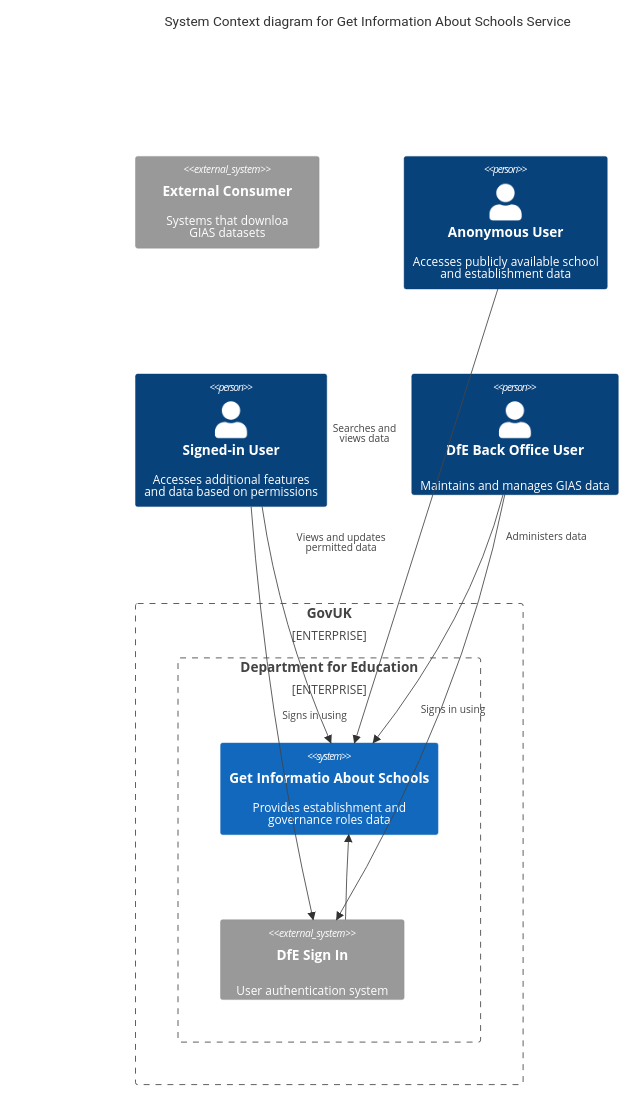
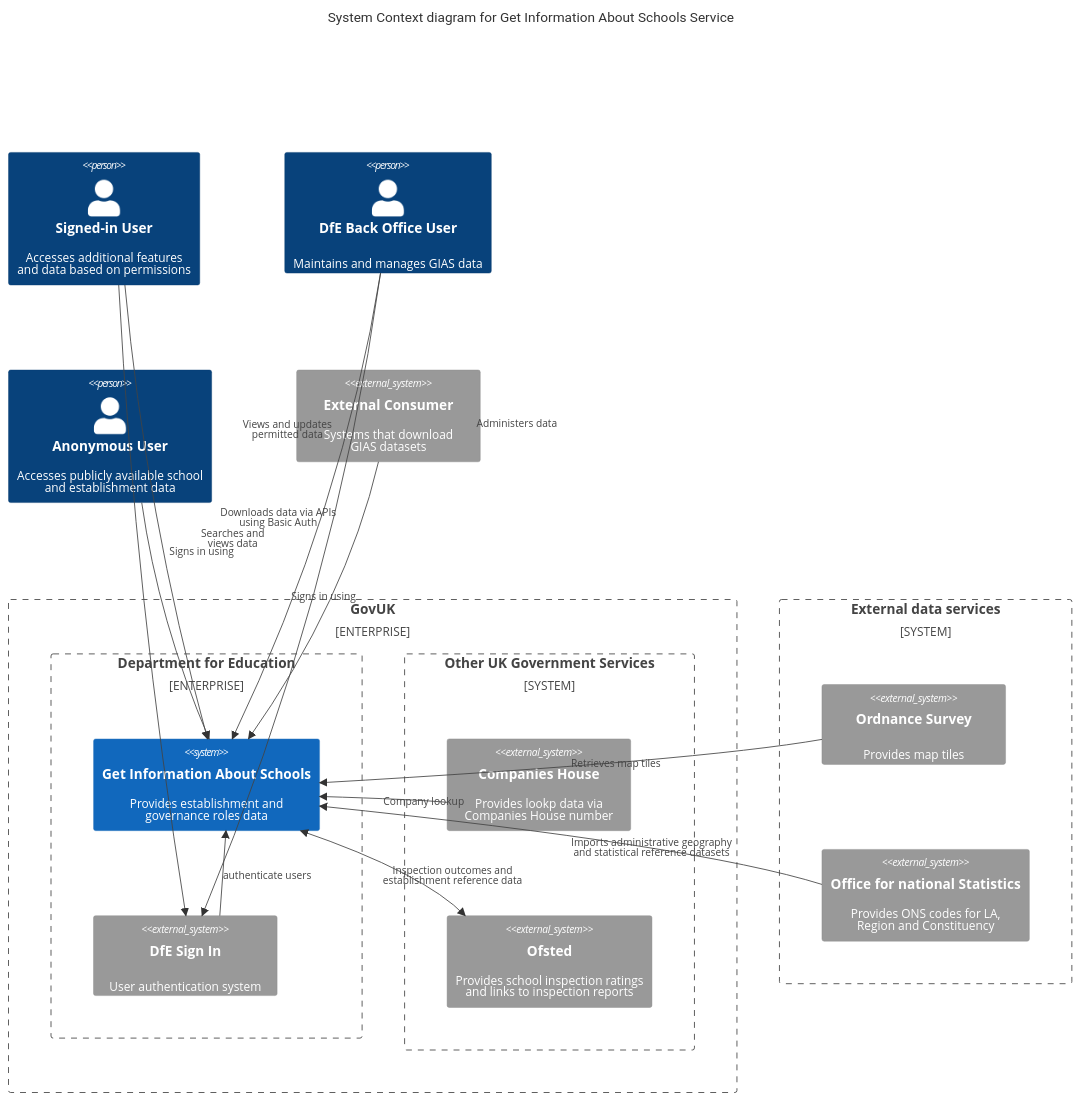
Before and after one commit to DFE-Digital/get-information-about-schools: the diagram in documentation/service/overview.md, drawn with Mermaid. The commit also changed 1 other file, not shown here.

Commit message:
C4 context

````diff
--- a/documentation/service/overview.md
+++ b/documentation/service/overview.md
@@ -10,49 +10,63 @@
 ```mermaid
 C4Context
   title System Context diagram for Get Information About Schools Service
  
-  System_Ext(externalSystems, "External Consumer", "Systems that downloa<br>GIAS datasets")
-  Person(anonUser, "Anonymous User", "Accesses publicly available school<br>and establishment data")
+
+
   Person(authUser, "Signed-in User", "Accesses additional features<br>and data based on permissions")
   Person(backOfficeUser, "DfE Back Office User", "Maintains and manages GIAS data")
-
-
-
+  Person(anonUser, "Anonymous User", "Accesses publicly available school<br>and establishment data")
+  System_Ext(externalSystems, "External Consumer", "Systems that download<br>GIAS datasets") 
 
   Enterprise_Boundary(govuk, "GovUK") {
 
+    Enterprise_Boundary(dfe, "Department for Education") {
 
-
-    Enterprise_Boundary(dfe, "Department for Education") {
-      System(GIAS, "Get Informatio About Schools", "Provides establishment and<br>governance roles data")
+      System(GIAS, "Get Information About Schools", "Provides establishment and<br>governance roles data")
       System_Ext(DfESignIn, "DfE Sign In", "User authentication system")
-
+     
+     
     }
 
+    System_Boundary(otherGov, "Other UK Government Services") {
+      System_Ext(companiesHouse, "Companies House", "Provides lookp data via<br>Companies House number")
+      System_Ext(ofsted, "Ofsted", "Provides school inspection ratings<br>and links to inspection reports")
+    }
 
   }
 
+  System_Boundary(external, "External data services") {
+    System_Ext(ordnanceSurvey, "Ordnance Survey", "Provides map tiles")
+    System_Ext(ons, "Office for national Statistics", "Provides ONS codes for LA,<br>Region and Constituency")
+  }
+
+
+  Rel(DfESignIn, GIAS, "authenticate users")
+
+  Rel(ordnanceSurvey, GIAS , "Retrieves map tiles")
+  Rel(ons, GIAS , "Imports administrative geography<br>and statistical reference datasets")
+  Rel(companiesHouse,GIAS , "Company lookup")
+
+
+  BiRel(ofsted, GIAS, "Inspection outcomes and<br>establishment reference data")
+
+  Rel(externalSystems, GIAS, "Downloads data via APIs<br>using Basic Auth")
   Rel(anonUser, GIAS, "Searches and<br>views data")
   Rel(authUser, GIAS, "Views and updates<br>permitted data")
   Rel(backOfficeUser, GIAS, "Administers data")
   Rel(authUser, DfESignIn, "Signs in using")
   Rel(backOfficeUser, DfESignIn, "Signs in using")
 
 
-  Rel(DfESignIn, GIAS, "")
 
 
+  UpdateLayoutConfig($c4ShapeInRow="4", $c4BoundaryInRow="2")
 
-
-
-  UpdateLayoutConfig($c4ShapeInRow="4", $c4BoundaryInRow="1")
-  UpdateRelStyle(anonUser, GIAS, $offsetX="-110", $offsetY="-100")
-  UpdateRelStyle(authUser, GIAS, $offsetX="0", $offsetY="-100")
-  UpdateRelStyle(authUser, DfESignIn, $offsetX="0", $offsetY="0")
-  UpdateRelStyle(backOfficeUser, GIAS, $offsetX="80", $offsetY="-100")
-
-
-
+  UpdateRelStyle(externalSystems, GIAS, $offsetX="-110", $offsetY="-100")
+  UpdateRelStyle(anonUser, GIAS, $offsetX="30", $offsetY="-100")
+  UpdateRelStyle(authUser, GIAS, $offsetX="90", $offsetY="-100")
+  UpdateRelStyle(authUser, DfESignIn, $offsetX="20", $offsetY="-60")
+  UpdateRelStyle(backOfficeUser, GIAS, $offsetX="200", $offsetY="-100")
 
 
 ```
````
